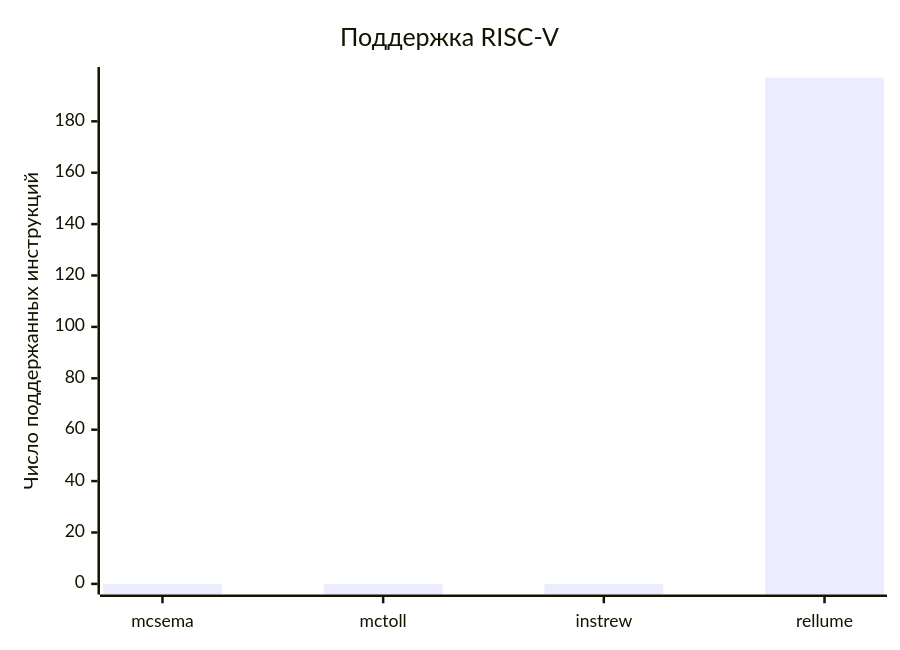
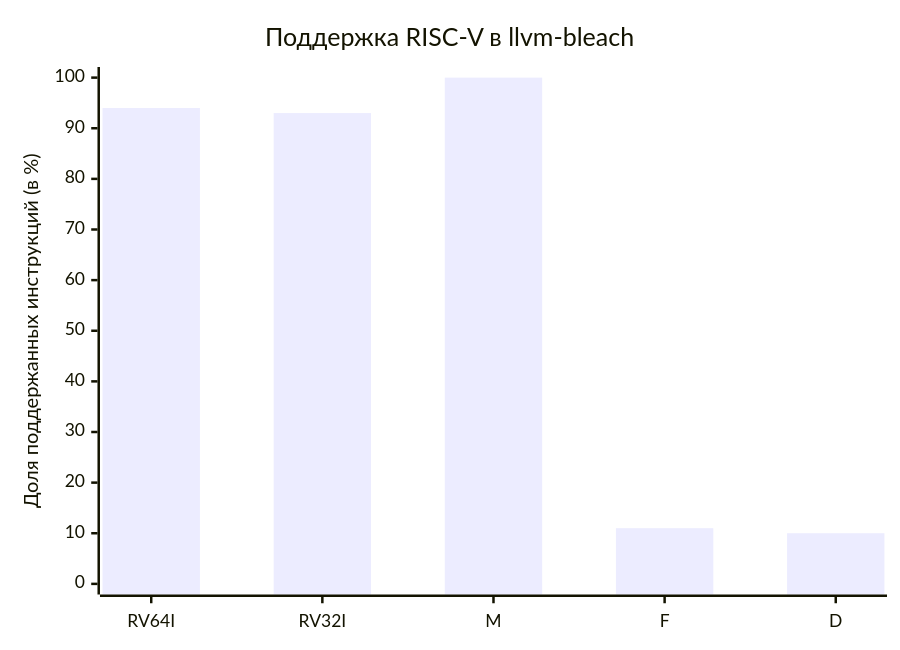
One commit to ajlekcahdp4/llvm-bleach-research changed the second of 2 diagrams in thesis-slides.md. Above: the diagram before and after it, drawn with Mermaid. The commit also changed other lines of this file and 1 other file, not shown here.

````diff
--- a/thesis-slides.md
+++ b/thesis-slides.md
@@ -113,7 +234,7 @@
 ```mermaid +render
 xychart-beta
-    title "Поддержка RISC-V"
-    x-axis [mcsema, mctoll, instrew, rellume]
-    y-axis "Число поддержанных инструкций"
-    bar [0, 0, 0, 197]
+    title "Поддержка RISC-V в llvm-bleach"
+    x-axis [RV64I, RV32I, M, F, D]
+    y-axis "Доля поддержанных инструкций (в %)" 0 --> 100
+    bar [94, 93, 100, 11, 10]
 ```
````
